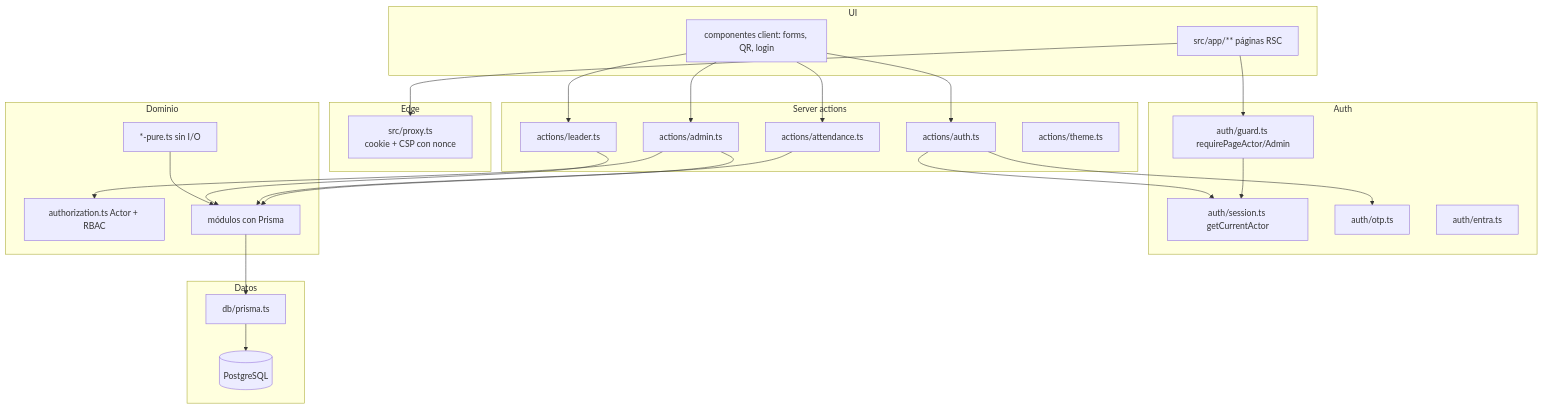
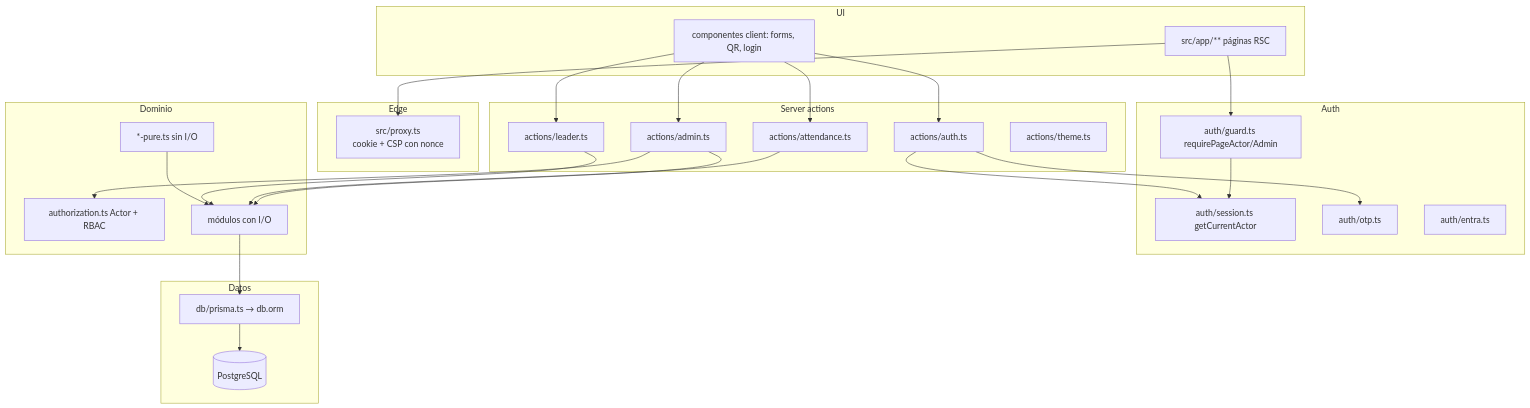
Before and after one commit to magaviriaa/GHPOINTS: the first of 3 diagrams in docs/es/arquitectura.md, drawn with Mermaid. The commit also changed other lines of this file and 96 other files, not shown here.

First line of the commit message:
Pasar el data layer a Prisma 8 con CLI y runtime en la misma rc.

````diff
--- a/docs/es/arquitectura.md
+++ b/docs/es/arquitectura.md
@@ -7,49 +7,49 @@
 ```mermaid
 flowchart TB
   subgraph ui [UI]
     Pages["src/app/** páginas RSC"]
     Client["componentes client: forms, QR, login"]
   end
   subgraph edge [Edge]
     MW["src/proxy.ts\ncookie + CSP con nonce"]
   end
   subgraph actions [Server actions]
     AuthA["actions/auth.ts"]
     AdminA["actions/admin.ts"]
     AttA["actions/attendance.ts"]
     LeadA["actions/leader.ts"]
     ThemeA["actions/theme.ts"]
   end
   subgraph auth [Auth]
     Session["auth/session.ts getCurrentActor"]
     Guard["auth/guard.ts requirePageActor/Admin"]
     OTP["auth/otp.ts"]
     Entra["auth/entra.ts"]
   end
   subgraph domain [Dominio]
     Authz["authorization.ts Actor + RBAC"]
     Pure["*-pure.ts sin I/O"]
-    IO["módulos con Prisma"]
+    IO["módulos con I/O"]
   end
   subgraph data [Datos]
-    Prisma["db/prisma.ts"]
+    Prisma["db/prisma.ts → db.orm"]
     PG[(PostgreSQL)]
   end
 
   Pages --> MW
   Pages --> Guard
   Guard --> Session
   Client --> AuthA
   Client --> AdminA
   Client --> AttA
   Client --> LeadA
   AuthA --> OTP
   AuthA --> Session
   AdminA --> Authz
   AdminA --> IO
   AttA --> IO
   LeadA --> IO
   IO --> Prisma
   Pure --> IO
   Prisma --> PG
 ```
````
